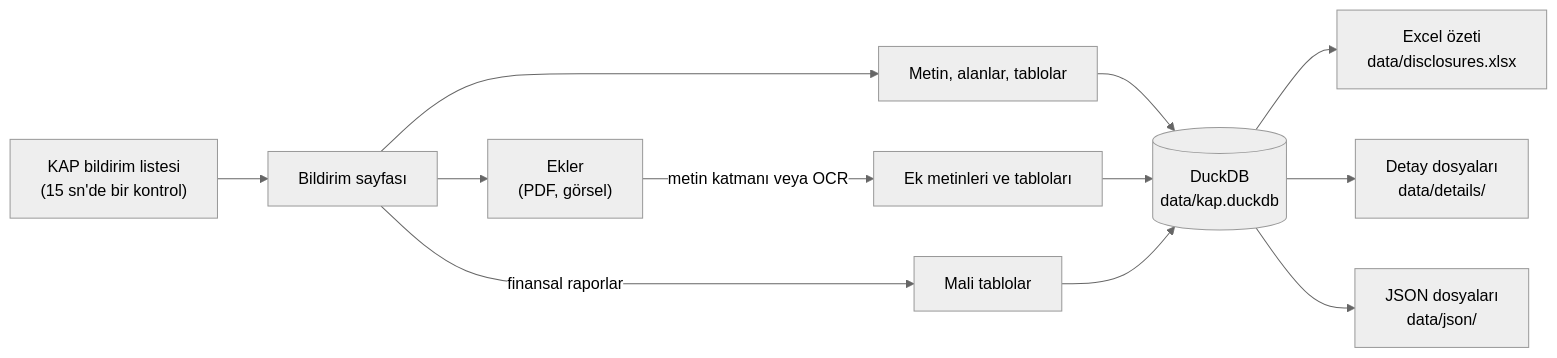
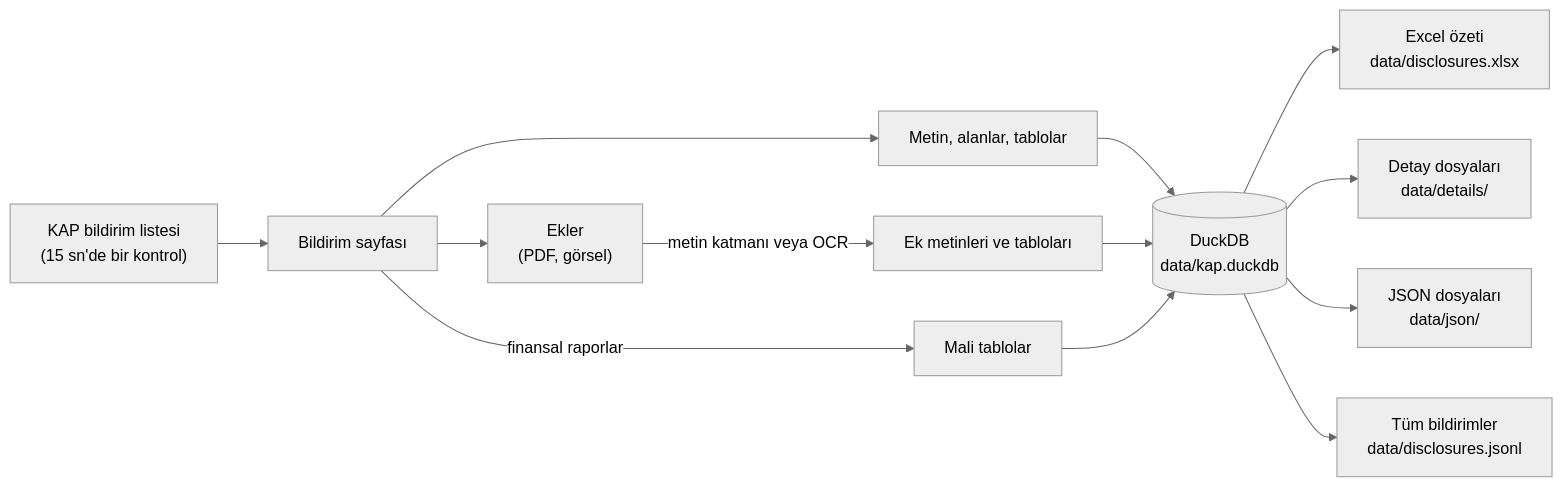
One commit to FinTreX-SDP/kap-scrapper changed the diagram in README.md. Above: the diagram before and after it, drawn with Mermaid (neutral theme). The commit also changed other lines of this file and 4 other files, not shown here.

````diff
--- a/README.md
+++ b/README.md
@@ -27,14 +31,15 @@
 ```mermaid
 flowchart LR
     feed["KAP bildirim listesi<br/>(15 sn'de bir kontrol)"] --> page["Bildirim sayfası"]
     page --> details["Metin, alanlar, tablolar"]
     page --> files["Ekler<br/>(PDF, görsel)"]
     page -->|finansal raporlar| fin["Mali tablolar"]
     files -->|metin katmanı veya OCR| att["Ek metinleri ve tabloları"]
     details --> db[("DuckDB<br/>data/kap.duckdb")]
     att --> db
     fin --> db
     db --> xlsx["Excel özeti<br/>data/disclosures.xlsx"]
     db --> md["Detay dosyaları<br/>data/details/"]
     db --> json["JSON dosyaları<br/>data/json/"]
+    db --> jsonl["Tüm bildirimler<br/>data/disclosures.jsonl"]
 ```
````
